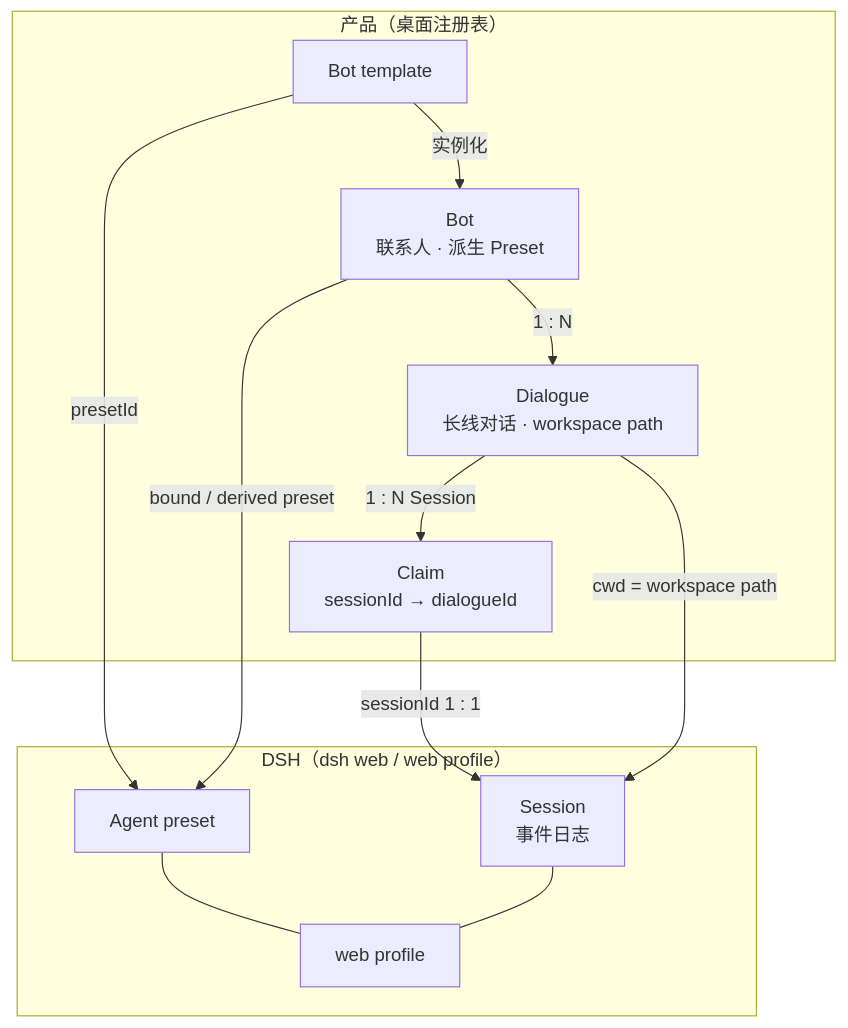
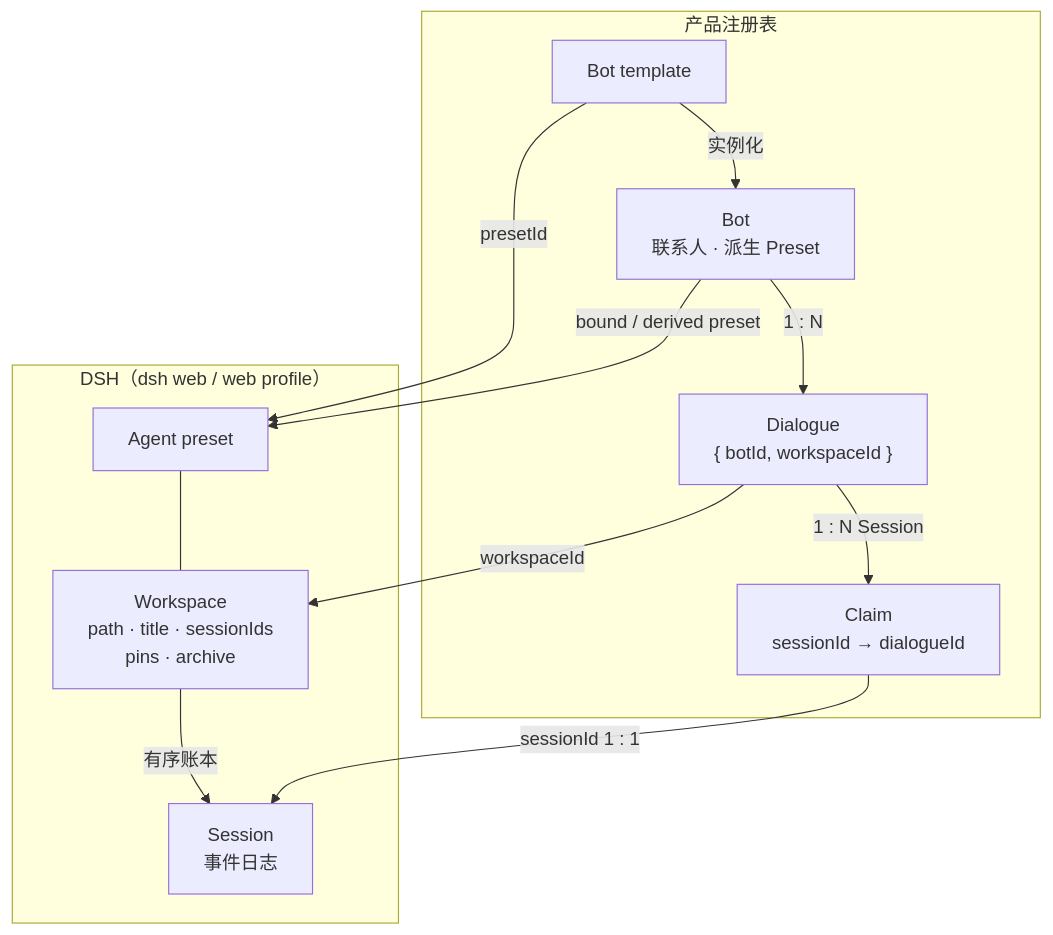
One commit to aningdev/MyAid changed the first of 6 diagrams in docs/BOT_SESSION_MAP.md. Above: the diagram before and after it, drawn with Mermaid. The commit also changed other lines of this file and 71 other files, not shown here.

````diff
--- a/docs/BOT_SESSION_MAP.md
+++ b/docs/BOT_SESSION_MAP.md
@@ -7,25 +7,25 @@
 ```mermaid
 flowchart TB
-  subgraph product["产品（桌面注册表）"]
+  subgraph product["产品注册表"]
     T["Bot template"]
     B["Bot<br/>联系人 · 派生 Preset"]
-    D["Dialogue<br/>长线对话 · workspace path"]
+    D["Dialogue<br/>{ botId, workspaceId }"]
     C["Claim<br/>sessionId → dialogueId"]
     T -->|"实例化"| B
     B -->|"1 : N"| D
     D -->|"1 : N Session"| C
   end
 
   subgraph dsh["DSH（dsh web / web profile）"]
     P["Agent preset"]
+    W["Workspace<br/>path · title · sessionIds<br/>pins · archive"]
     S["Session<br/>事件日志"]
-    W["web profile"]
     P --- W
-    S --- W
+    W -->|"有序账本"| S
   end
 
   T -->|"presetId"| P
   B -->|"bound / derived preset"| P
+  D -->|"workspaceId"| W
   C -->|"sessionId 1 : 1"| S
-  D -->|"cwd = workspace path"| S
 ```
````
